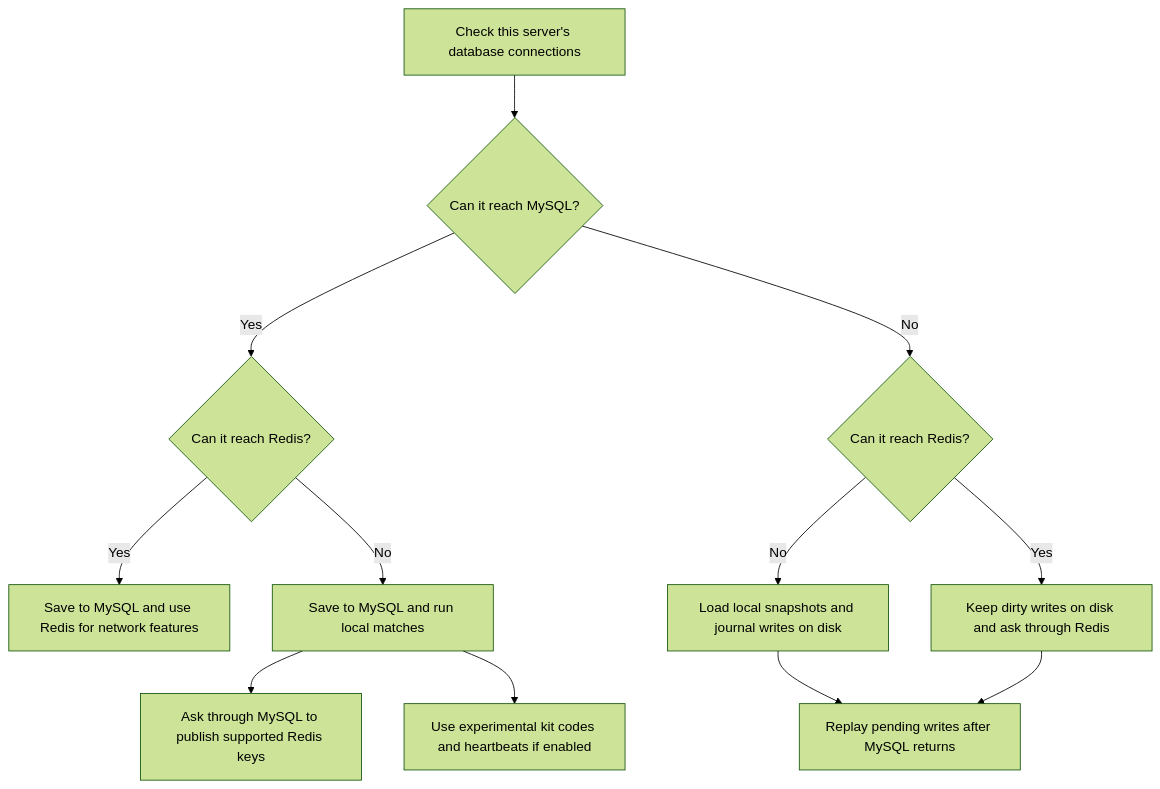
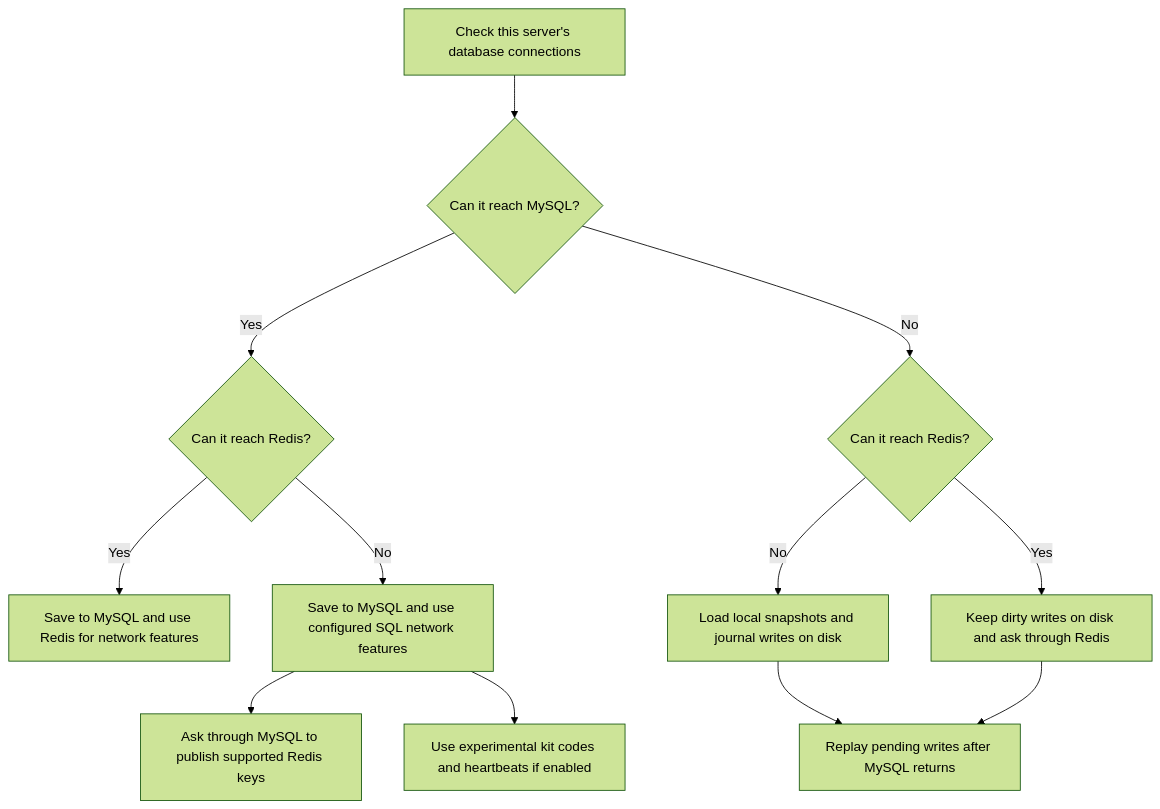
One commit to BZ110/Vise-Core changed the third of 5 diagrams in README.md. Above: the diagram before and after it, drawn with Mermaid (forest theme). The commit also changed other lines of this file and 24 other files, not shown here.

````diff
--- a/README.md
+++ b/README.md
@@ -851,14 +854,14 @@
 ```mermaid
 flowchart TD
     Check["Check this server's database connections"] --> SQL{"Can it reach MySQL?"}
     SQL -->|Yes| RedisA{"Can it reach Redis?"}
     SQL -->|No| RedisB{"Can it reach Redis?"}
     RedisA -->|Yes| Normal["Save to MySQL and use Redis for network features"]
-    RedisA -->|No| SqlMode["Save to MySQL and run local matches"]
+    RedisA -->|No| SqlMode["Save to MySQL and use configured SQL network features"]
     SqlMode --> Relay["Ask through MySQL to publish supported Redis keys"]
     SqlMode --> Fallback["Use experimental kit codes and heartbeats if enabled"]
     RedisB -->|Yes| RedisMode["Keep dirty writes on disk and ask through Redis"]
     RedisB -->|No| Local["Load local snapshots and journal writes on disk"]
     Local --> Restore["Replay pending writes after MySQL returns"]
     RedisMode --> Restore
 ```
````
